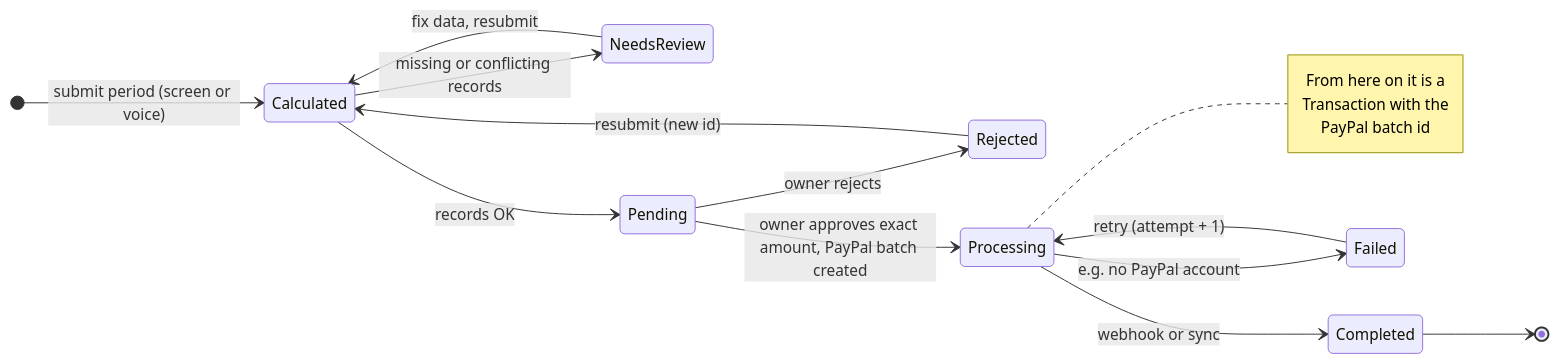
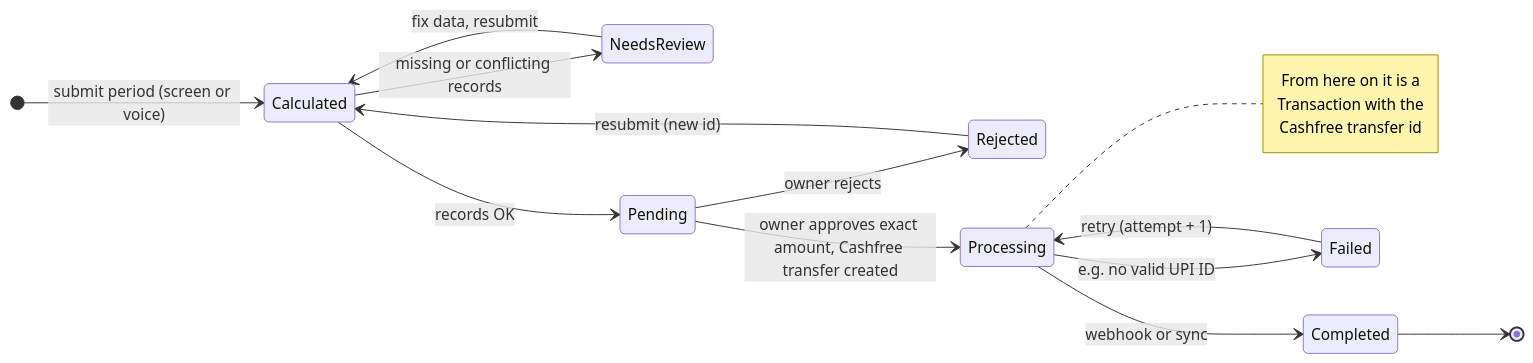
Before and after one commit to Agnik47/BolPay: the sixth of 8 diagrams in README.md, drawn with Mermaid. The commit also changed other lines of this file and 63 other files, not shown here.

````diff
--- a/README.md
+++ b/README.md
@@ -228,21 +228,21 @@
 ```mermaid
 stateDiagram-v2
     direction LR
     [*] --> Calculated: submit period (screen or voice)
     Calculated --> NeedsReview: missing or conflicting records
     Calculated --> Pending: records OK
     NeedsReview --> Calculated: fix data, resubmit
     Pending --> Rejected: owner rejects
     Rejected --> Calculated: resubmit (new id)
-    Pending --> Processing: owner approves exact amount, PayPal batch created
+    Pending --> Processing: owner approves exact amount, Cashfree transfer created
     Processing --> Completed: webhook or sync
-    Processing --> Failed: e.g. no PayPal account
+    Processing --> Failed: e.g. no valid UPI ID
     Failed --> Processing: retry (attempt + 1)
     Completed --> [*]
 
     note right of Processing
         From here on it is a
         Transaction with the
-        PayPal batch id
+        Cashfree transfer id
     end note
 ```
````
